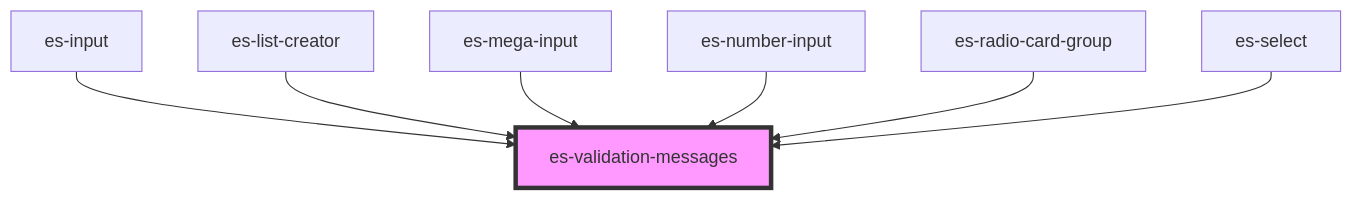
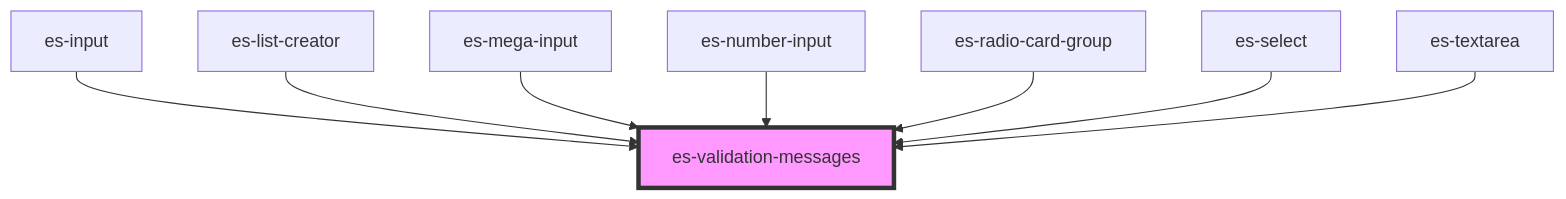
The diagram in packages/fields/src/components/es-validation-messages/readme.md (EventStore/Design-System), drawn with Mermaid before and after one commit. The commit also changed other lines of this file and 8 other files, not shown here.

````diff
--- a/packages/fields/src/components/es-validation-messages/readme.md
+++ b/packages/fields/src/components/es-validation-messages/readme.md
@@ -27,10 +28,11 @@
 ```mermaid
 graph TD;
   es-input --> es-validation-messages
   es-list-creator --> es-validation-messages
   es-mega-input --> es-validation-messages
   es-number-input --> es-validation-messages
   es-radio-card-group --> es-validation-messages
   es-select --> es-validation-messages
+  es-textarea --> es-validation-messages
   style es-validation-messages fill:#f9f,stroke:#333,stroke-width:4px
 ```
````
